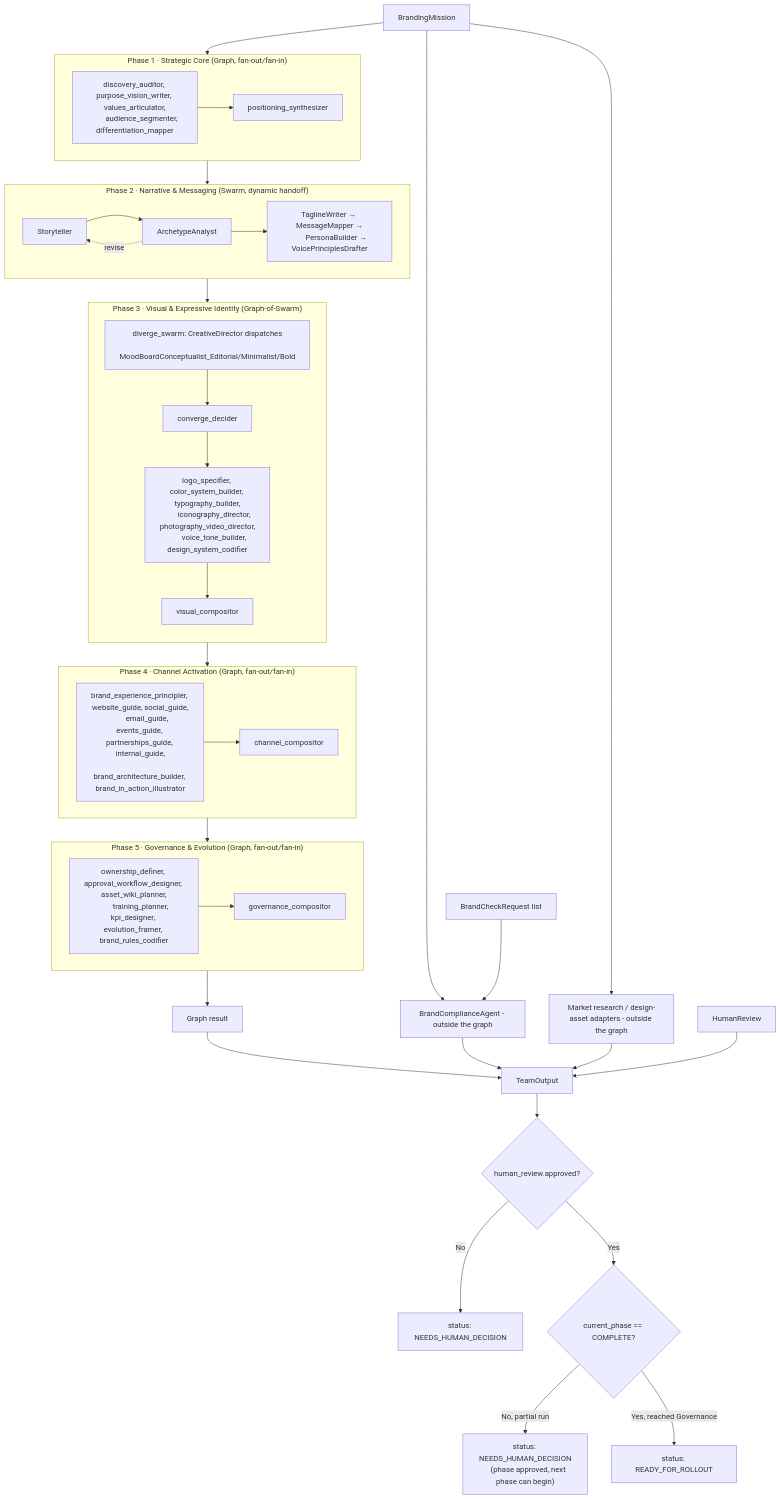
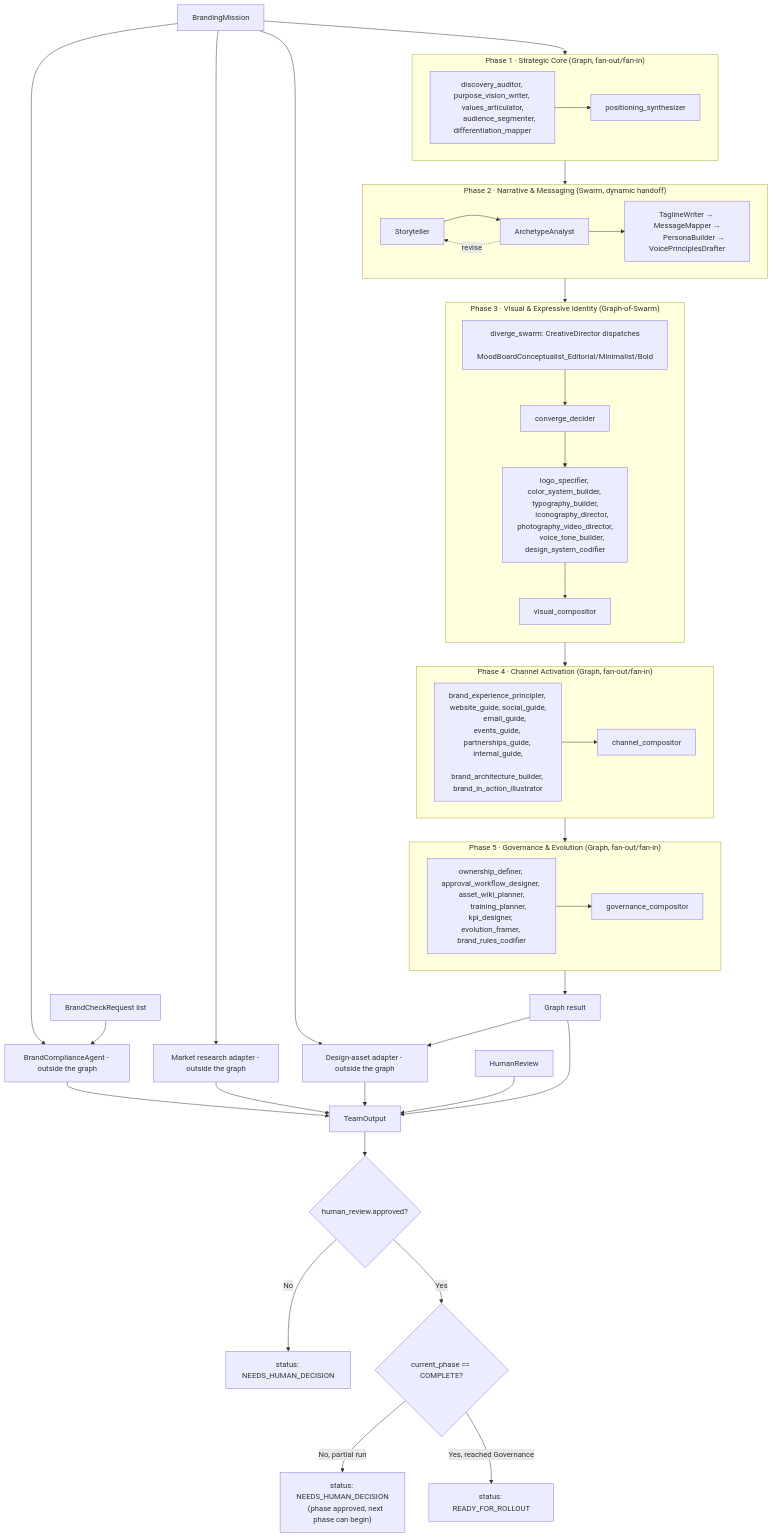
The first of 4 diagrams in backend/agents/branding_team/README.md (brandonkindred/Khala-Agentic-AI-Teams), drawn with Mermaid before and after one commit.

Commit message:
Show design-asset adapter's dependency on graph output in branding README
request_design_assets(strategic_core, mission.company_name) takes the
Phase 1 graph output as an argument, unlike the market-research adapter
which only needs the mission. Split the collapsed "Integrations" node
into separate market-research and design-asset nodes and wire GraphResult
into the design-asset one so the diagram doesn't misrepresent it as
independent of the graph.

````diff
--- a/backend/agents/branding_team/README.md
+++ b/backend/agents/branding_team/README.md
@@ -41,67 +41,70 @@
 ```mermaid
 flowchart TB
     Mission[BrandingMission] --> P1
 
     subgraph P1 ["Phase 1 · Strategic Core (Graph, fan-out/fan-in)"]
         direction LR
         P1nodes["discovery_auditor, purpose_vision_writer, values_articulator,
         audience_segmenter, differentiation_mapper"] --> P1join[positioning_synthesizer]
     end
 
     P1 --> P2
 
     subgraph P2 ["Phase 2 · Narrative & Messaging (Swarm, dynamic handoff)"]
         direction LR
         P2a[Storyteller] --> P2b[ArchetypeAnalyst]
         P2b -. revise .-> P2a
         P2b --> P2rest["TaglineWriter → MessageMapper →
         PersonaBuilder → VoicePrinciplesDrafter"]
     end
 
     P2 --> P3
 
     subgraph P3 ["Phase 3 · Visual & Expressive Identity (Graph-of-Swarm)"]
         direction TB
         P3swarm["diverge_swarm: CreativeDirector dispatches
         MoodBoardConceptualist_Editorial/Minimalist/Bold"] --> P3conv[converge_decider]
         P3conv --> P3fan["logo_specifier, color_system_builder, typography_builder,
         iconography_director, photography_video_director,
         voice_tone_builder, design_system_codifier"]
         P3fan --> P3comp[visual_compositor]
     end
 
     P3 --> P4
 
     subgraph P4 ["Phase 4 · Channel Activation (Graph, fan-out/fan-in)"]
         direction LR
         P4nodes["brand_experience_principler, website_guide, social_guide,
         email_guide, events_guide, partnerships_guide, internal_guide,
         brand_architecture_builder, brand_in_action_illustrator"] --> P4join[channel_compositor]
     end
 
     P4 --> P5
 
     subgraph P5 ["Phase 5 · Governance & Evolution (Graph, fan-out/fan-in)"]
         direction LR
         P5nodes["ownership_definer, approval_workflow_designer, asset_wiki_planner,
         training_planner, kpi_designer, evolution_framer, brand_rules_codifier"] --> P5join[governance_compositor]
     end
 
     P5 --> GraphResult[Graph result]
 
     Mission --> Compliance[BrandComplianceAgent - outside the graph]
     BrandChecks[BrandCheckRequest list] --> Compliance
-    Mission --> Integrations[Market research / design-asset adapters - outside the graph]
+    Mission --> MarketResearch[Market research adapter - outside the graph]
+    Mission --> DesignAssets[Design-asset adapter - outside the graph]
+    GraphResult --> DesignAssets
 
     GraphResult --> TeamOutput[TeamOutput]
     Compliance --> TeamOutput
-    Integrations --> TeamOutput
+    MarketResearch --> TeamOutput
+    DesignAssets --> TeamOutput
     HumanReview[HumanReview] --> TeamOutput
 
     TeamOutput --> Approved{human_review.approved?}
     Approved -->|No| NeedsHuman[status: NEEDS_HUMAN_DECISION]
     Approved -->|Yes| Complete{current_phase == COMPLETE?}
     Complete -->|No, partial run| PhaseApproved["status: NEEDS_HUMAN_DECISION
     (phase approved, next phase can begin)"]
     Complete -->|Yes, reached Governance| Ready[status: READY_FOR_ROLLOUT]
 ```
````
